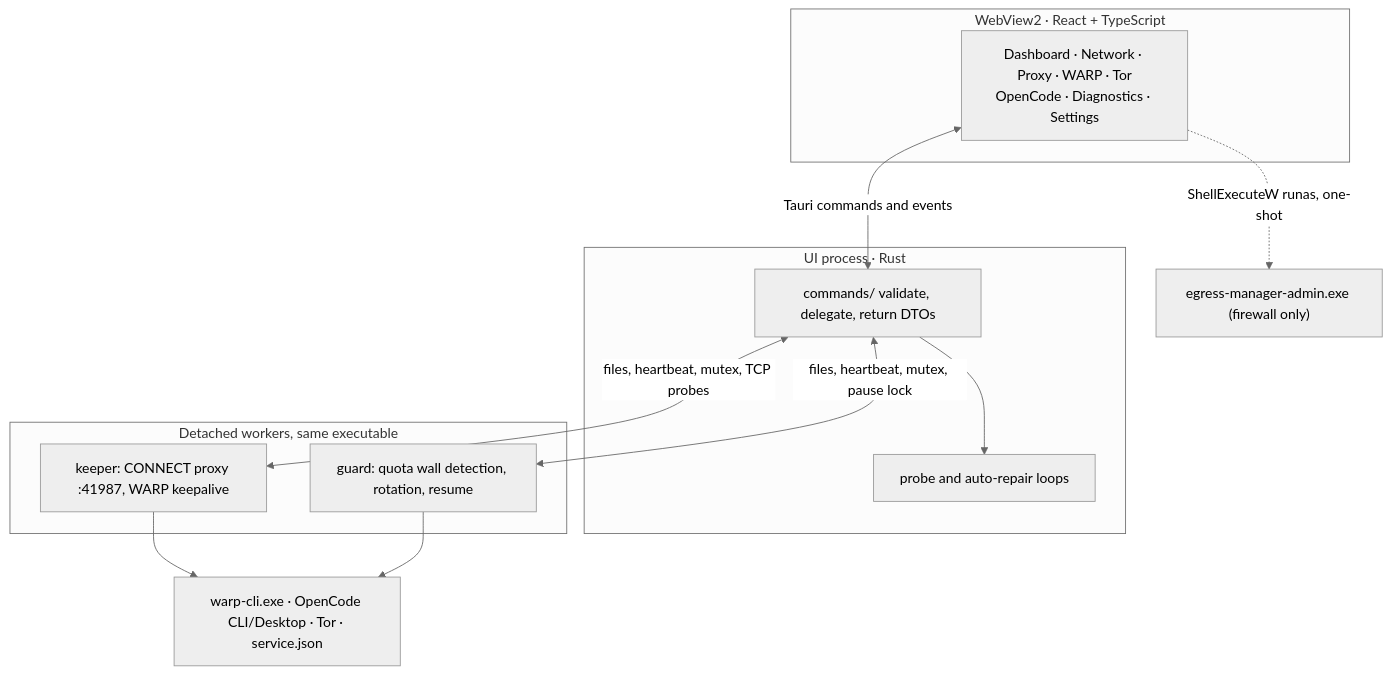
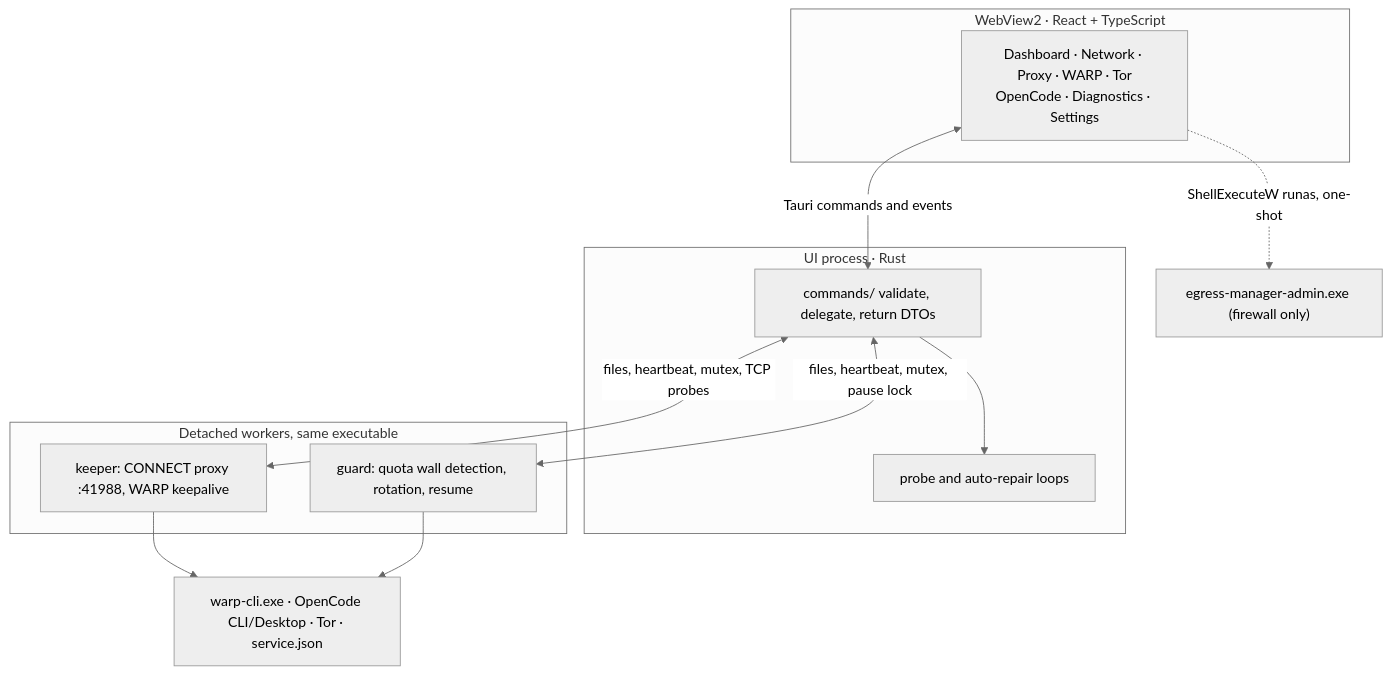
One commit to Sivothajan/opencode-egress-manager changed the first of 2 diagrams in docs/ARCHITECTURE.md. Above: the diagram before and after it, drawn with Mermaid (neutral theme). The commit also changed 34 other files, not shown here.

````diff
--- a/docs/ARCHITECTURE.md
+++ b/docs/ARCHITECTURE.md
@@ -3,27 +3,27 @@
 ```mermaid
 flowchart TD
     subgraph Webview["WebView2 · React + TypeScript"]
         UI["Dashboard · Network · Proxy · WARP · Tor<br/>OpenCode · Diagnostics · Settings"]
     end
 
     subgraph UIP["UI process · Rust"]
         CMD["commands/ validate, delegate, return DTOs"]
         LOOP["probe and auto-repair loops"]
     end
 
     subgraph Workers["Detached workers, same executable"]
-        KEEPER["keeper: CONNECT proxy :41987, WARP keepalive"]
+        KEEPER["keeper: CONNECT proxy :41988, WARP keepalive"]
         GUARD["guard: quota wall detection, rotation, resume"]
     end
 
     EXT["warp-cli.exe · OpenCode CLI/Desktop · Tor · service.json"]
     ADMIN["egress-manager-admin.exe (firewall only)"]
 
     UI <-->|"Tauri commands and events"| CMD
     CMD --> LOOP
     CMD <-->|"files, heartbeat, mutex, TCP probes"| KEEPER
     CMD <-->|"files, heartbeat, mutex, pause lock"| GUARD
     KEEPER --> EXT
     GUARD --> EXT
     UI -.->|"ShellExecuteW runas, one-shot"| ADMIN
 ```
````
